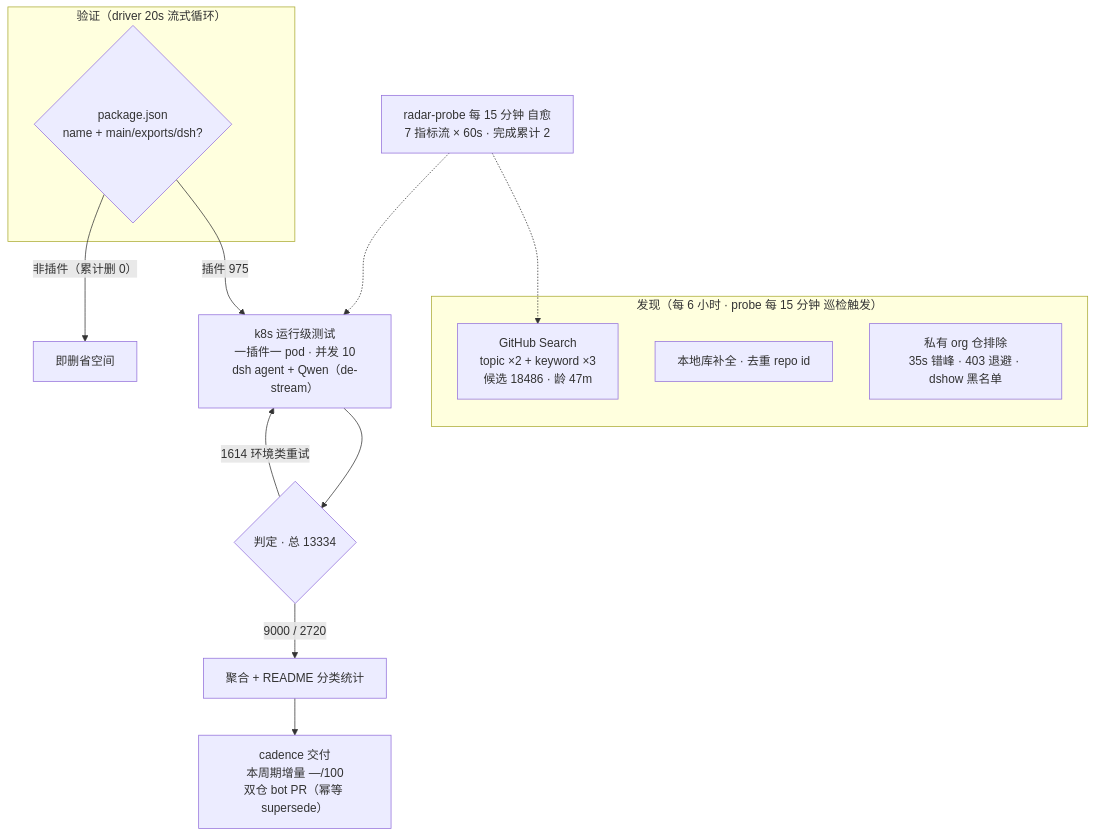
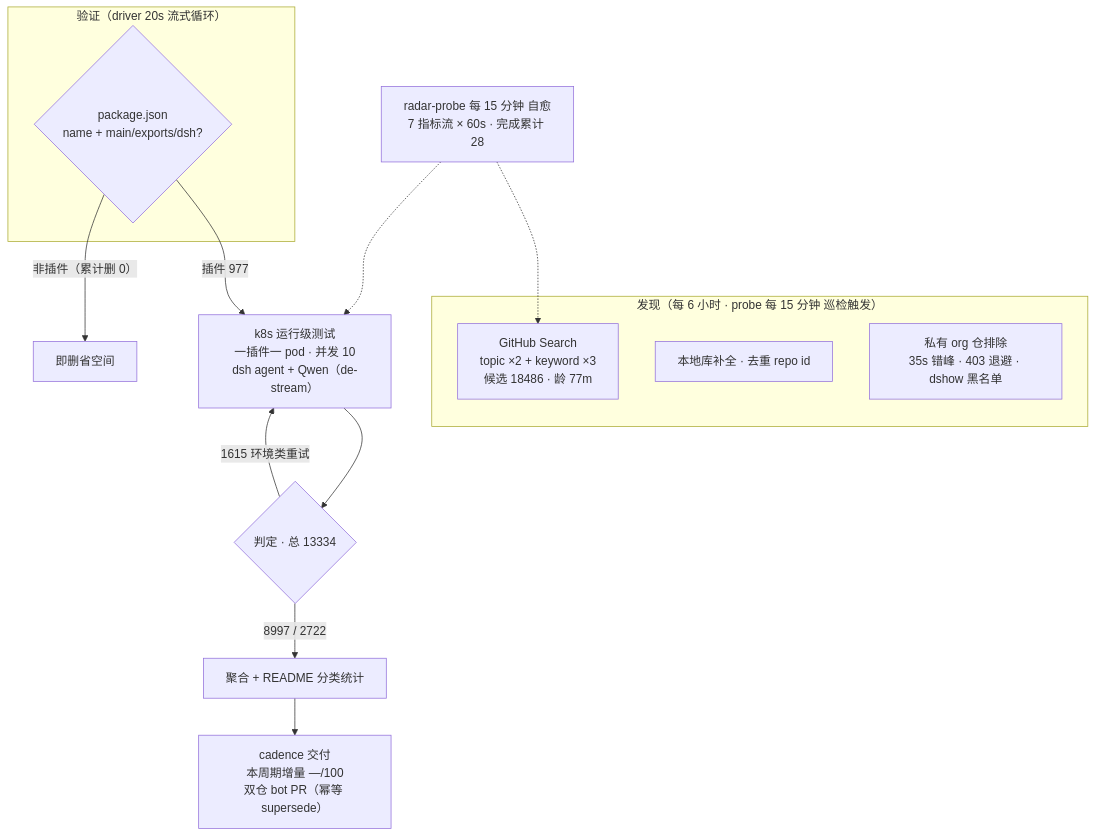
One commit to AdamPlatin123/dsh-plugin-radar changed the diagram in README.md. Above: the diagram before and after it, drawn with Mermaid. The commit also changed other lines of this file and 8 other files, not shown here.

````diff
--- a/README.md
+++ b/README.md
@@ -52,20 +52,20 @@
 ```mermaid
 flowchart TB
     subgraph Discovery["发现（每 6 小时 · probe 每 15 分钟 巡检触发）"]
-        A1["GitHub Search<br/>topic ×2 + keyword ×3<br/>候选 18486 · 龄 47m"]
+        A1["GitHub Search<br/>topic ×2 + keyword ×3<br/>候选 18486 · 龄 77m"]
         A2["本地库补全 · 去重 repo id"]
         A3["私有 org 仓排除<br/>35s 错峰 · 403 退避 · dshow 黑名单"]
     end
     subgraph Validation["验证（driver 20s 流式循环）"]
         B1{"package.json<br/>name + main/exports/dsh?"}
     end
-    B1 -->|"插件 975"| C1["k8s 运行级测试<br/>一插件一 pod · 并发 10<br/>dsh agent + Qwen（de-stream）"]
+    B1 -->|"插件 977"| C1["k8s 运行级测试<br/>一插件一 pod · 并发 10<br/>dsh agent + Qwen（de-stream）"]
     B1 -->|"非插件（累计删 0）"| B3["即删省空间"]
     C1 --> D1{"判定 · 总 13334"}
-    D1 -->|"9000 / 2720"| E1["聚合 + README 分类统计"]
-    D1 -->|"1614 环境类重试"| C1
+    D1 -->|"8997 / 2722"| E1["聚合 + README 分类统计"]
+    D1 -->|"1615 环境类重试"| C1
     E1 --> E2["cadence 交付<br/>本周期增量 —/100<br/>双仓 bot PR（幂等 supersede）"]
-    M["radar-probe 每 15 分钟 自愈<br/>7 指标流 × 60s · 完成累计 2"]
+    M["radar-probe 每 15 分钟 自愈<br/>7 指标流 × 60s · 完成累计 28"]
     M -.-> A1
     M -.-> C1
 ```
````
